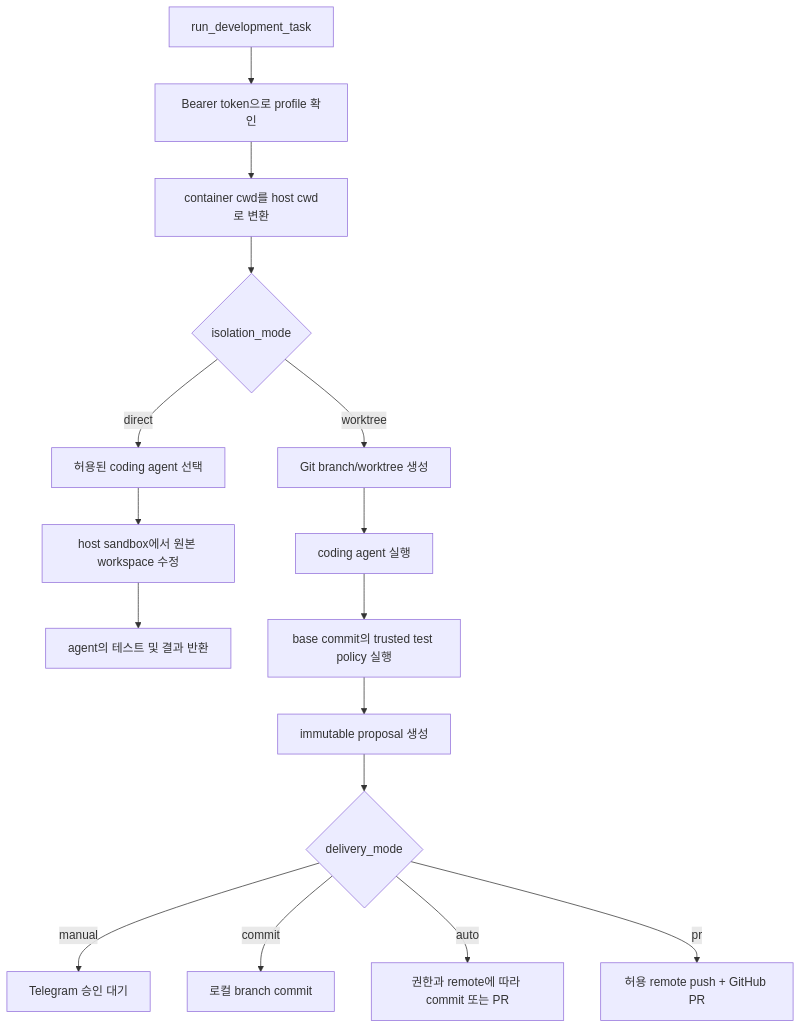
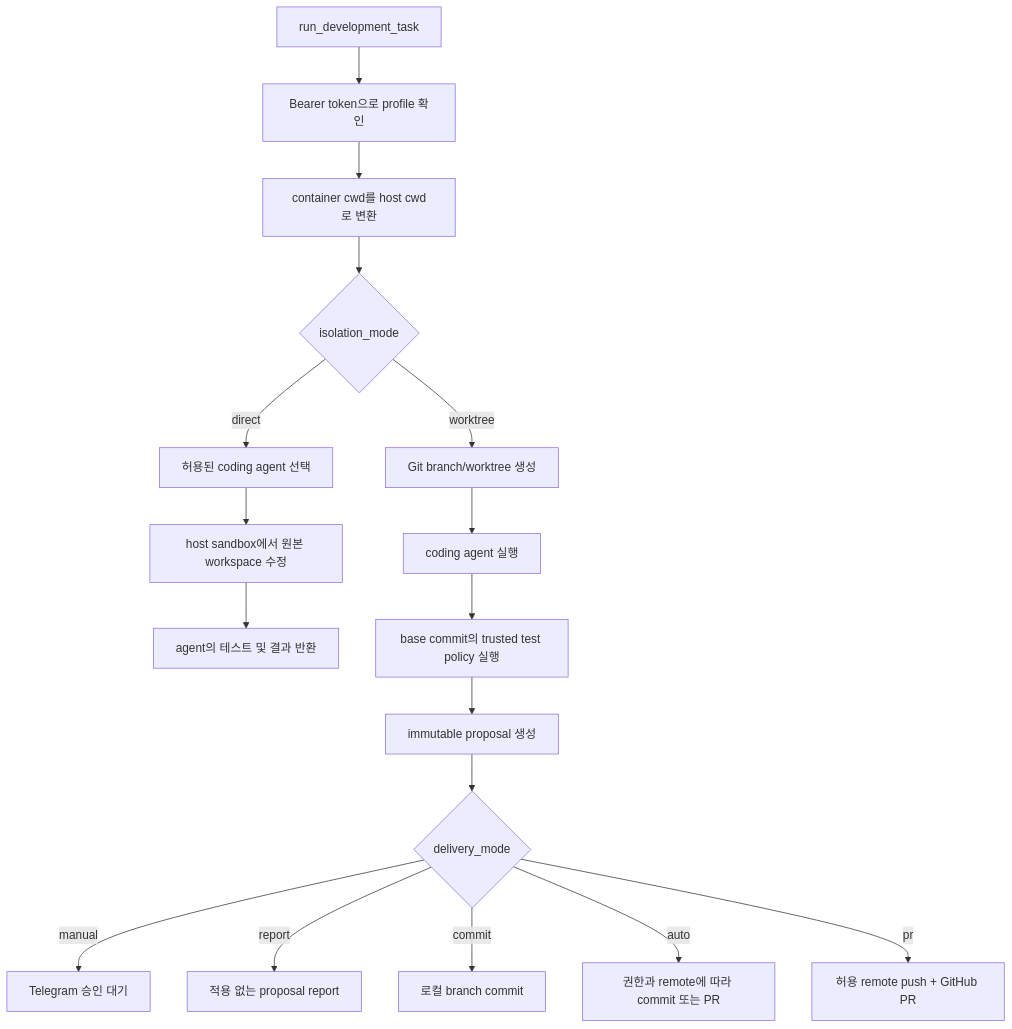
One commit to korea7030/host-coding-agent-mcp changed the second of 5 diagrams in docs/ARCHITECTURE.md. Above: the diagram before and after it, drawn with Mermaid. The commit also changed other lines of this file and 11 other files, not shown here.

````diff
--- a/docs/ARCHITECTURE.md
+++ b/docs/ARCHITECTURE.md
@@ -52,22 +53,23 @@
 ```mermaid
 flowchart TD
     S[run_development_task]
     I[Bearer token으로 profile 확인]
     C[container cwd를 host cwd로 변환]
     M{isolation_mode}
 
     S --> I --> C --> M
     M -->|direct| DA[허용된 coding agent 선택]
     DA --> DS[host sandbox에서 원본 workspace 수정]
     DS --> DR[agent의 테스트 및 결과 반환]
 
     M -->|worktree| WC[Git branch/worktree 생성]
     WC --> WA[coding agent 실행]
     WA --> WT[base commit의 trusted test policy 실행]
     WT --> WP[immutable proposal 생성]
     WP --> WD{delivery_mode}
     WD -->|manual| WV[Telegram 승인 대기]
+    WD -->|report| WR[적용 없는 proposal report]
     WD -->|commit| WLC[로컬 branch commit]
     WD -->|auto| AUTO[권한과 remote에 따라 commit 또는 PR]
     WD -->|pr| PR[허용 remote push + GitHub PR]
 ```
````
